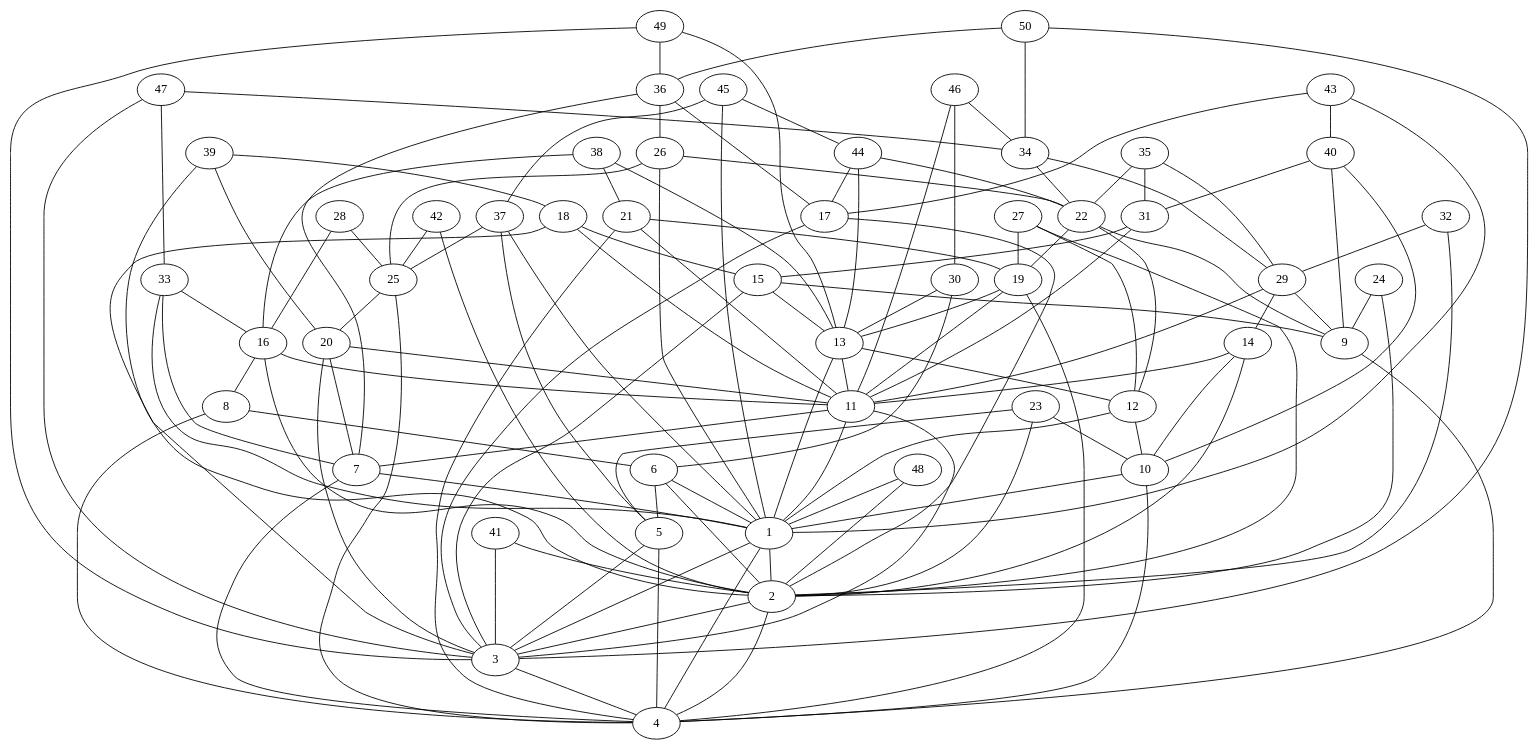
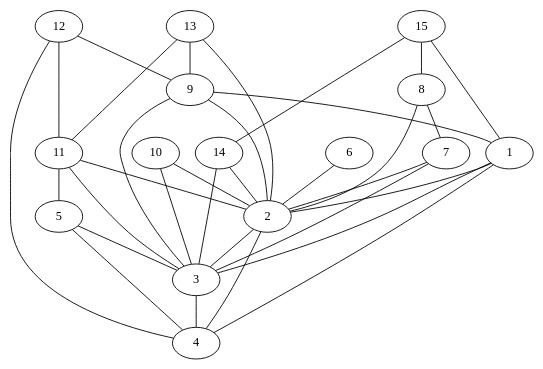
The diagram in DAlgoritmos/Proyecto/Archivos/BarabasiAlbert.gv (AltairAG/DAA-), drawn with Graphviz before and after one commit. The commit also changed 5 other files, not shown here.

```diff
--- a/DAlgoritmos/Proyecto/Archivos/BarabasiAlbert.gv
+++ b/DAlgoritmos/Proyecto/Archivos/BarabasiAlbert.gv
@@ -1,178 +1,49 @@
 graph G {
 1;
 2;
 3;
 4;
 5;
 6;
 7;
 8;
 9;
 10;
 11;
 12;
 13;
 14;
 15;
-16;
-17;
-18;
-19;
-20;
-21;
-22;
-23;
-24;
-25;
-26;
-27;
-28;
-29;
-30;
-31;
-32;
-33;
-34;
-35;
-36;
-37;
-38;
-39;
-40;
-41;
-42;
-43;
-44;
-45;
-46;
-47;
-48;
-49;
-50;
 1 -- 2;
 1 -- 3;
 1 -- 4;
 2 -- 3;
 2 -- 4;
 3 -- 4;
 5 -- 4;
 5 -- 3;
 6 -- 2;
-6 -- 1;
-6 -- 5;
-7 -- 1;
-7 -- 4;
-8 -- 6;
-8 -- 4;
-9 -- 4;
-10 -- 1;
-10 -- 4;
-11 -- 7;
+7 -- 2;
+7 -- 3;
+8 -- 2;
+8 -- 7;
+9 -- 1;
+9 -- 3;
+9 -- 2;
+10 -- 2;
+10 -- 3;
+11 -- 2;
 11 -- 3;
-11 -- 1;
-12 -- 10;
-12 -- 1;
-13 -- 12;
+11 -- 5;
+12 -- 4;
+12 -- 9;
+12 -- 11;
+13 -- 2;
 13 -- 11;
-13 -- 1;
-14 -- 11;
-14 -- 10;
+13 -- 9;
 14 -- 2;
-15 -- 3;
-15 -- 13;
-15 -- 9;
-16 -- 11;
-16 -- 2;
-16 -- 8;
-17 -- 3;
-17 -- 2;
-18 -- 11;
-18 -- 15;
-18 -- 3;
-19 -- 13;
-19 -- 11;
-19 -- 4;
-20 -- 11;
-20 -- 7;
-20 -- 3;
-21 -- 4;
-21 -- 11;
-21 -- 19;
-22 -- 19;
-22 -- 12;
-22 -- 9;
-23 -- 10;
-23 -- 5;
-23 -- 2;
-24 -- 9;
-24 -- 2;
-25 -- 4;
-25 -- 20;
-26 -- 1;
-26 -- 22;
-26 -- 25;
-27 -- 2;
-27 -- 12;
-27 -- 19;
-28 -- 25;
-28 -- 16;
-29 -- 9;
-29 -- 14;
-29 -- 11;
-30 -- 13;
-30 -- 6;
-31 -- 11;
-31 -- 15;
-32 -- 29;
-32 -- 2;
-33 -- 7;
-33 -- 1;
-33 -- 16;
-34 -- 29;
-34 -- 22;
-35 -- 22;
-35 -- 31;
-35 -- 29;
-36 -- 7;
-36 -- 17;
-36 -- 26;
-37 -- 1;
-37 -- 5;
-37 -- 25;
-38 -- 21;
-38 -- 13;
-38 -- 16;
-39 -- 18;
-39 -- 2;
-39 -- 20;
-40 -- 9;
-40 -- 31;
-40 -- 10;
-41 -- 2;
-41 -- 3;
-42 -- 2;
-42 -- 25;
-43 -- 1;
-43 -- 17;
-43 -- 40;
-44 -- 17;
-44 -- 22;
-44 -- 13;
-45 -- 1;
-45 -- 44;
-45 -- 37;
-46 -- 11;
-46 -- 30;
-46 -- 34;
-47 -- 3;
-47 -- 34;
-47 -- 33;
-48 -- 1;
-48 -- 2;
-49 -- 13;
-49 -- 36;
-49 -- 3;
-50 -- 36;
-50 -- 3;
-50 -- 34;
+14 -- 3;
+15 -- 8;
+15 -- 1;
+15 -- 14;
 }
```
